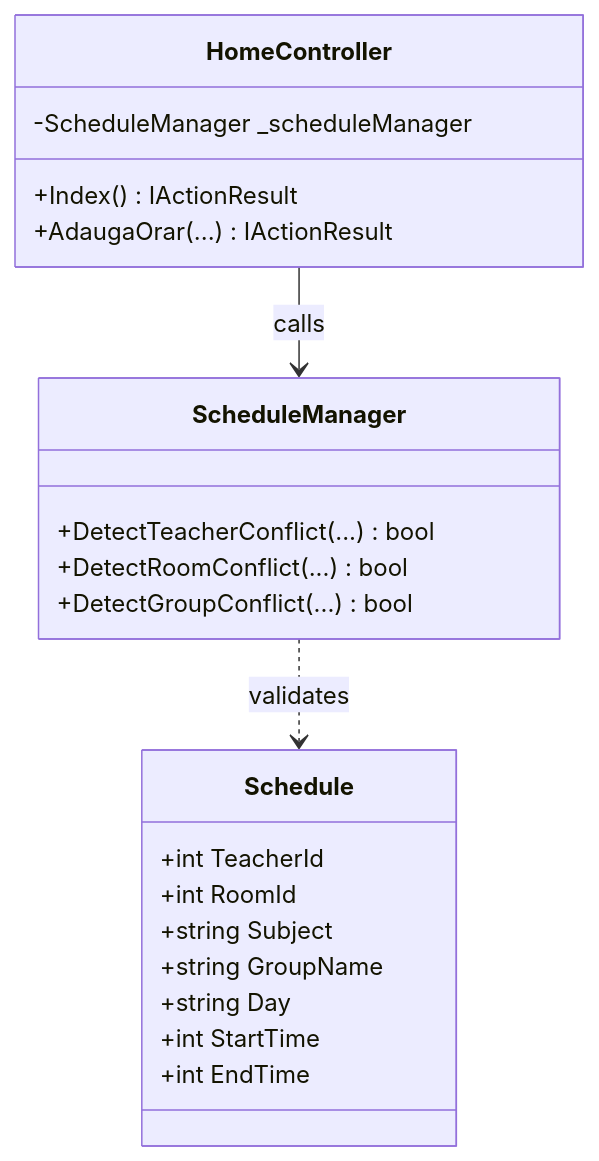
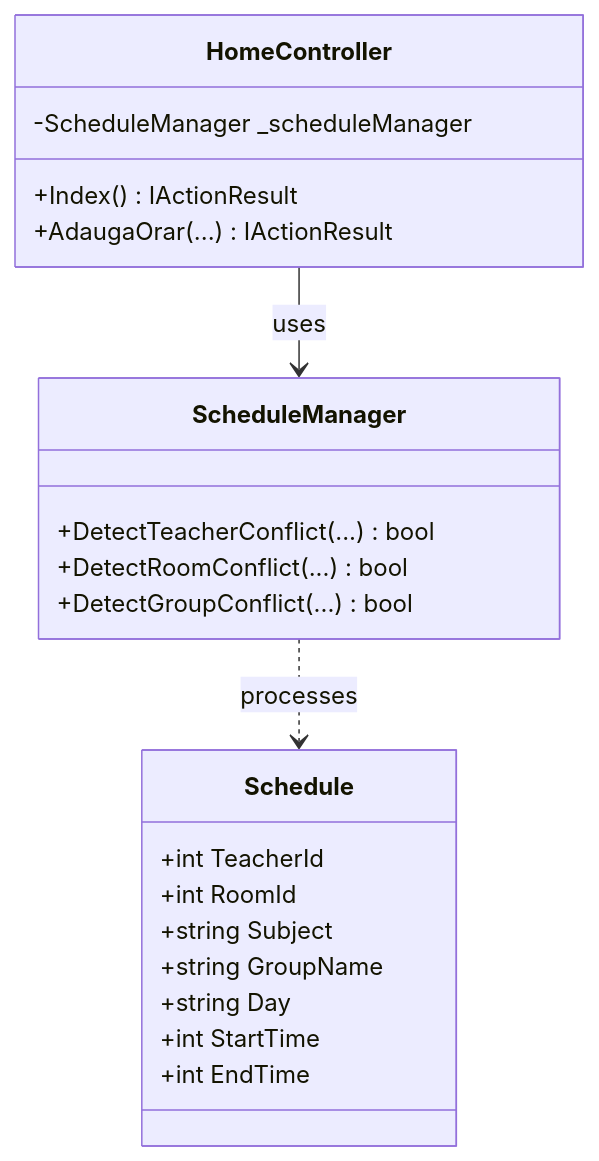
Before and after one commit to ana12maria/UCSS_Project: the first of 2 diagrams in README.md, drawn with Mermaid. The commit also changed other lines of this file, not shown here.

````diff
--- a/README.md
+++ b/README.md
@@ -66,27 +30,27 @@
 ```mermaid
 classDiagram
     class Schedule {
         +int TeacherId
         +int RoomId
         +string Subject
         +string GroupName
         +string Day
         +int StartTime
         +int EndTime
     }
 
     class ScheduleManager {
         +DetectTeacherConflict(...) bool
         +DetectRoomConflict(...) bool
         +DetectGroupConflict(...) bool
     }
 
     class HomeController {
         -ScheduleManager _scheduleManager
         +Index() IActionResult
         +AdaugaOrar(...) IActionResult
     }
 
-    HomeController --> ScheduleManager : calls
-    ScheduleManager ..> Schedule : validates
+    HomeController --> ScheduleManager : uses
+    ScheduleManager ..> Schedule : processes
 ```
````
